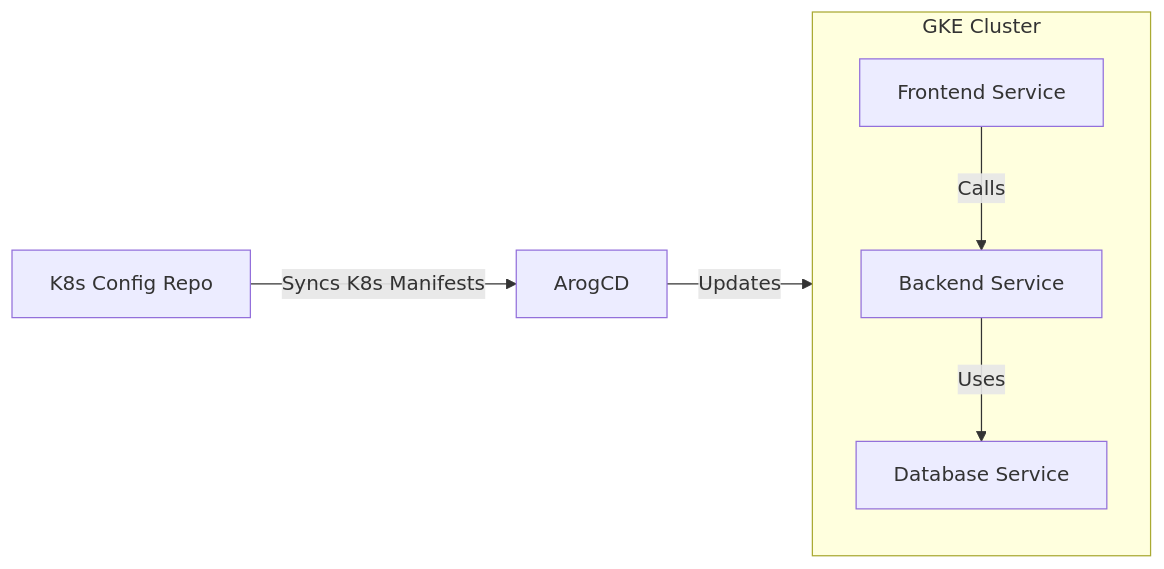
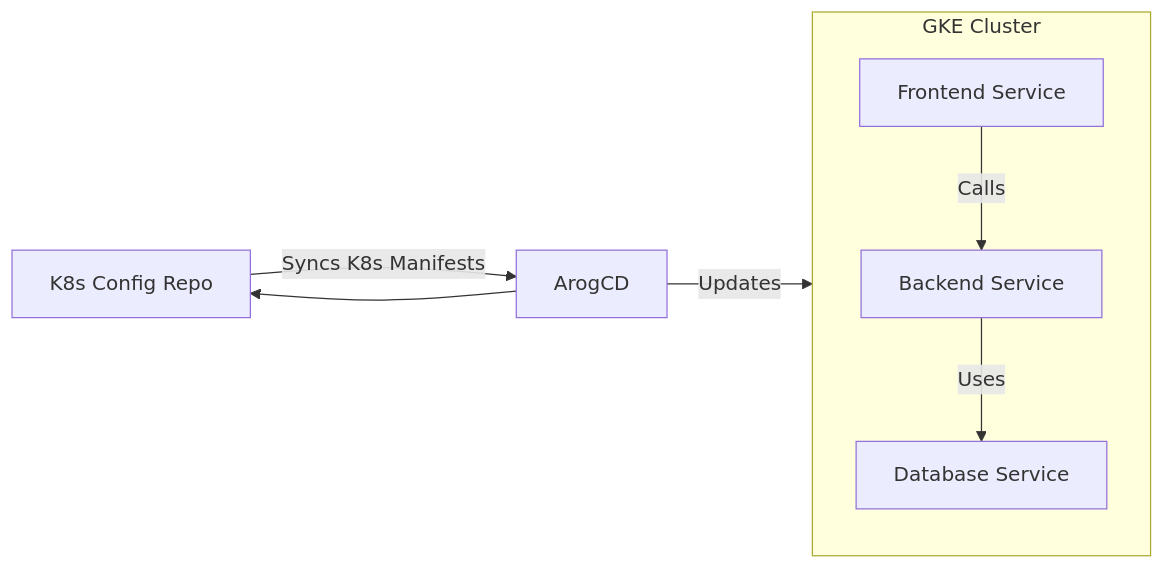
Before and after one commit to dimpu47/k8s-config: the diagram in README.md, drawn with Mermaid.

````diff
--- a/README.md
+++ b/README.md
@@ -7,10 +7,11 @@
 ```mermaid
 graph LR;
     subgraph GKE[GKE Cluster]
         A1[Backend Service] -->|Uses| B1[Database Service];
         A2[Frontend Service] -->|Calls| A1;
     end
     C[K8s Config Repo] -->|Syncs K8s Manifests| D[ArogCD];
     D -->|Updates| GKE;
+    D --> C
 
 ```
````
